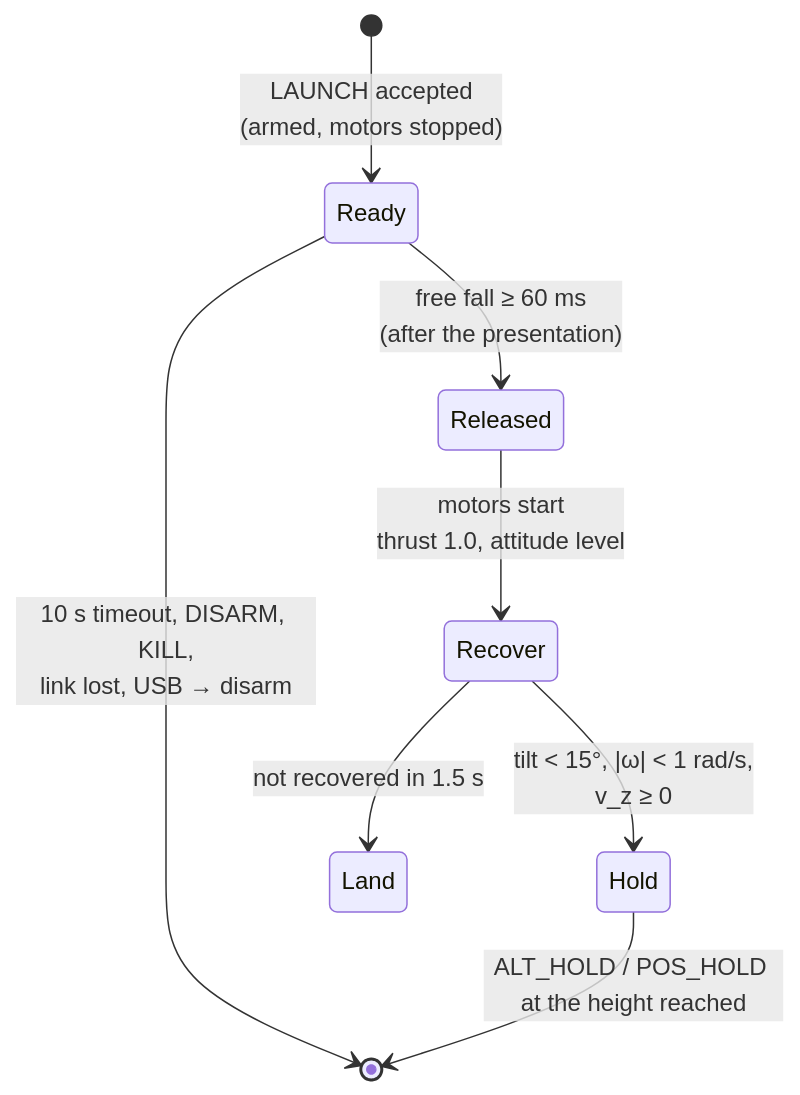
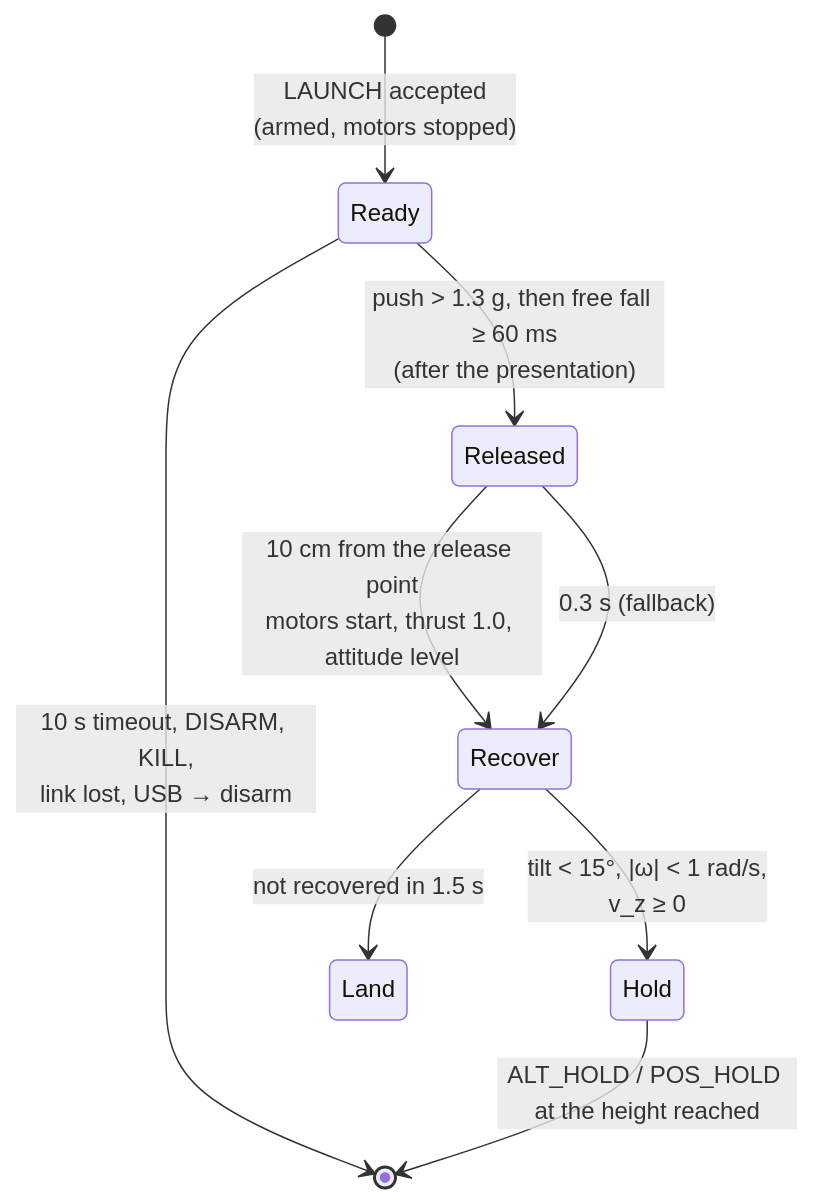
One commit to ACwing-UAV/ACwing_FW changed the diagram in 03 - Docs/decisions/0011-hand-launch.md. Above: the diagram before and after it, drawn with Mermaid. The commit also changed other lines of this file and 3 other files, not shown here.

````diff
--- a/03 - Docs/decisions/0011-hand-launch.md
+++ b/03 - Docs/decisions/0011-hand-launch.md
@@ -45,10 +51,11 @@
 ```mermaid
 stateDiagram-v2
   [*] --> Ready: LAUNCH accepted<br/>(armed, motors stopped)
-  Ready --> Released: free fall ≥ 60 ms<br/>(after the presentation)
+  Ready --> Released: push > 1.3 g, then free fall ≥ 60 ms<br/>(after the presentation)
   Ready --> [*]: 10 s timeout, DISARM, KILL,<br/>link lost, USB → disarm
-  Released --> Recover: motors start<br/>thrust 1.0, attitude level
+  Released --> Recover: 10 cm from the release point<br/>motors start, thrust 1.0, attitude level
+  Released --> Recover: 0.3 s (fallback)
   Recover --> Hold: tilt < 15°, |ω| < 1 rad/s,<br/>v_z ≥ 0
   Recover --> Land: not recovered in 1.5 s
   Hold --> [*]: ALT_HOLD / POS_HOLD at the height reached
 ```
````
